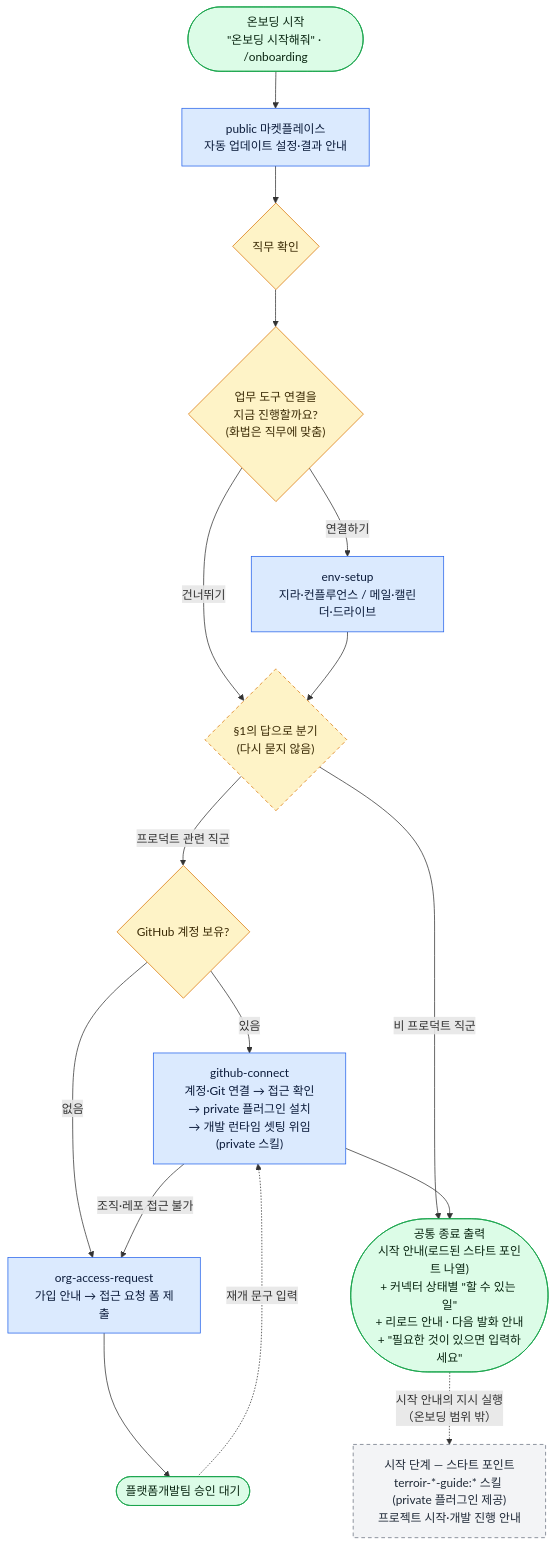
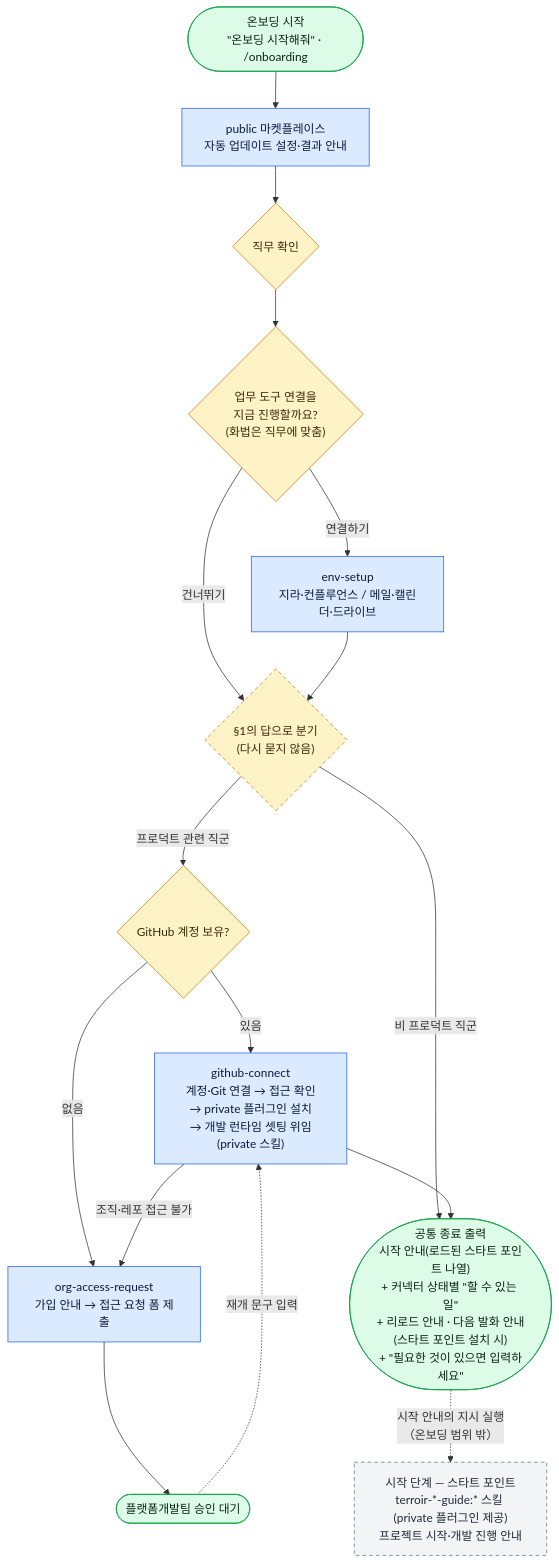
Before and after one commit to Jsik94/terroir-claude-plugin-public: the diagram in plugins/terroir-onboarding/README.md, drawn with Mermaid. The commit also changed other lines of this file and 2 other files, not shown here.

Commit message:
fix(onboarding): 마무리 두 줄을 스타트 포인트 설치 시에만 출력 [RDDP-1804]
윈도우 실기기 검증에서 비 프로덕트 직군 종료 화면에도 두 줄이 그대로
나갔다. 이 직군은 private 플러그인을 설치하지 않아 "떼루아에서 무엇을
할 수 있지?" 를 받아줄 시작 안내 스킬이 세션에 없고, 그 물음을 온보딩
§3 이 다시 받아 같은 화면이 그대로 돌아온다 — 다음 행동을 알려주려던
안내가 사용자를 제자리에 묶는다. 설치 전 프로덕트 직군도 같다.

- 3-C 를 스타트 포인트가 설치돼 있을 때만 출력한다. 3-A 가 표를 냈거나
  "설치됐는데 세션에 안 보임" 안내를 낸 경우다. "아직 설치되지 않았습니다"
  이거나 비 프로덕트라 자리가 비었으면 두 줄을 내지 않는다.
- 비 프로덕트 종료 화면 설명을 3-A 자리와 3-C 가 함께 빠지는 것으로 정정.
- CHANGELOG · README 의 "항상" 표현을 조건부로 정정.

검증 — 미설치 상태에서 두 줄 미출력, 설치됨+비활성 상태에서 두 줄 출력을
각각 확인.

````diff
--- a/plugins/terroir-onboarding/README.md
+++ b/plugins/terroir-onboarding/README.md
@@ -46,48 +46,48 @@
 ```mermaid
 flowchart TD
     START(["온보딩 시작<br/>&quot;온보딩 시작해줘&quot; · /onboarding"])
     AUTO["public 마켓플레이스<br/>자동 업데이트 설정·결과 안내"]
 
     Q1{"직무 확인"}
     Q2{"업무 도구 연결을<br/>지금 진행할까요?<br/>(화법은 직무에 맞춤)"}
     ENV["env-setup<br/>지라·컨플루언스 / 메일·캘린더·드라이브"]
     BR{"§1의 답으로 분기<br/>(다시 묻지 않음)"}
     Q3{"GitHub 계정 보유?"}
 
     GH["github-connect<br/>계정·Git 연결 → 접근 확인<br/>→ private 플러그인 설치<br/>→ 개발 런타임 셋팅 위임(private 스킬)"]
     OA["org-access-request<br/>가입 안내 → 접근 요청 폼 제출"]
     WAIT(["플랫폼개발팀 승인 대기"])
 
-    END(["공통 종료 출력<br/>시작 안내(로드된 스타트 포인트 나열)<br/>+ 커넥터 상태별 &quot;할 수 있는 일&quot;<br/>+ 리로드 안내 · 다음 발화 안내<br/>+ &quot;필요한 것이 있으면 입력하세요&quot;"])
+    END(["공통 종료 출력<br/>시작 안내(로드된 스타트 포인트 나열)<br/>+ 커넥터 상태별 &quot;할 수 있는 일&quot;<br/>+ 리로드 안내 · 다음 발화 안내(스타트 포인트 설치 시)<br/>+ &quot;필요한 것이 있으면 입력하세요&quot;"])
     SP["시작 단계 — 스타트 포인트<br/>terroir-*-guide:* 스킬 (private 플러그인 제공)<br/>프로젝트 시작·개발 진행 안내"]
 
     START --> AUTO
     AUTO --> Q1
     Q1 --> Q2
     Q2 -->|연결하기| ENV
     Q2 -->|건너뛰기| BR
     ENV --> BR
 
     BR -->|프로덕트 관련 직군| Q3
     BR -->|비 프로덕트 직군| END
 
     Q3 -->|있음| GH
     Q3 -->|없음| OA
     GH -->|조직·레포 접근 불가| OA
     OA --> WAIT
     WAIT -.->|재개 문구 입력| GH
 
     GH --> END
     END -.->|시작 안내의 지시 실행<br/>（온보딩 범위 밖）| SP
 
     classDef skill fill:#dbeafe,stroke:#2563eb,color:#0b1b3a
     classDef gate fill:#fef3c7,stroke:#d97706,color:#3a2a05
     classDef term fill:#dcfce7,stroke:#16a34a,color:#0a2612
     classDef branch fill:#fef3c7,stroke:#d97706,color:#3a2a05,stroke-dasharray:5 4
     classDef ext fill:#f3f4f6,stroke:#6b7280,color:#1f2937,stroke-dasharray:5 4
     class AUTO,ENV,GH,OA skill
     class Q1,Q2,Q3 gate
     class BR branch
     class START,END,WAIT term
     class SP ext
 ```
````
